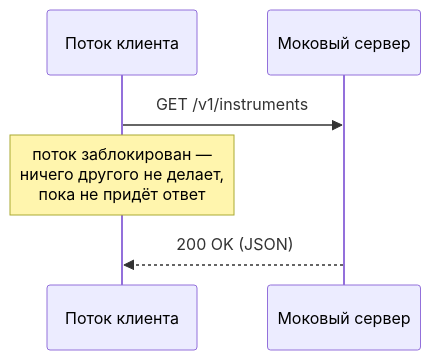
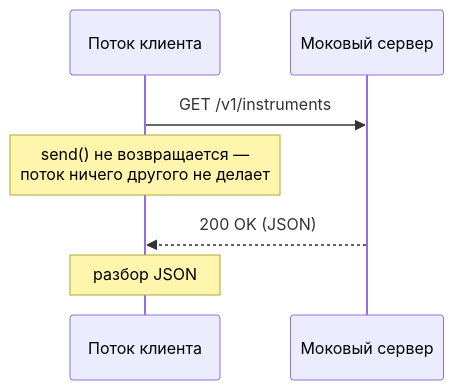
One commit to ArthurAipov/market-pulse-innopolis changed the diagram in advanced/docs/seminars/seminar7/Путь к Reactor/1. Блокирующий клиент.md. Above: the diagram before and after it, drawn with Mermaid. The commit also changed other lines of this file and 41 other files, not shown here.

````diff
--- a/advanced/docs/seminars/seminar7/Путь к Reactor/1. Блокирующий клиент.md
+++ b/advanced/docs/seminars/seminar7/Путь к Reactor/1. Блокирующий клиент.md
@@ -3,9 +10,10 @@
 ```mermaid
 sequenceDiagram
     participant T as Поток клиента
     participant S as Моковый сервер
 
     T->>S: GET /v1/instruments
-    Note over T: поток заблокирован —<br/>ничего другого не делает,<br/>пока не придёт ответ
+    Note over T: send() не возвращается —<br/>поток ничего другого не делает
     S-->>T: 200 OK (JSON)
+    Note over T: разбор JSON
 ```
````
